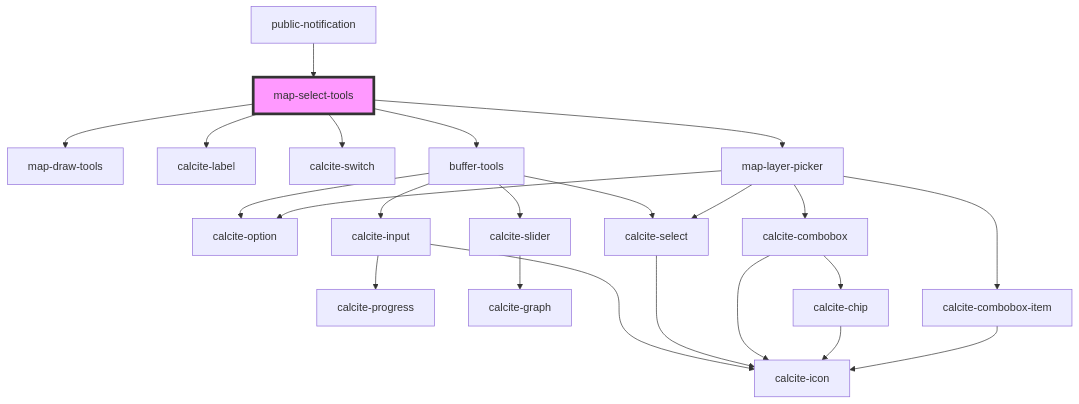
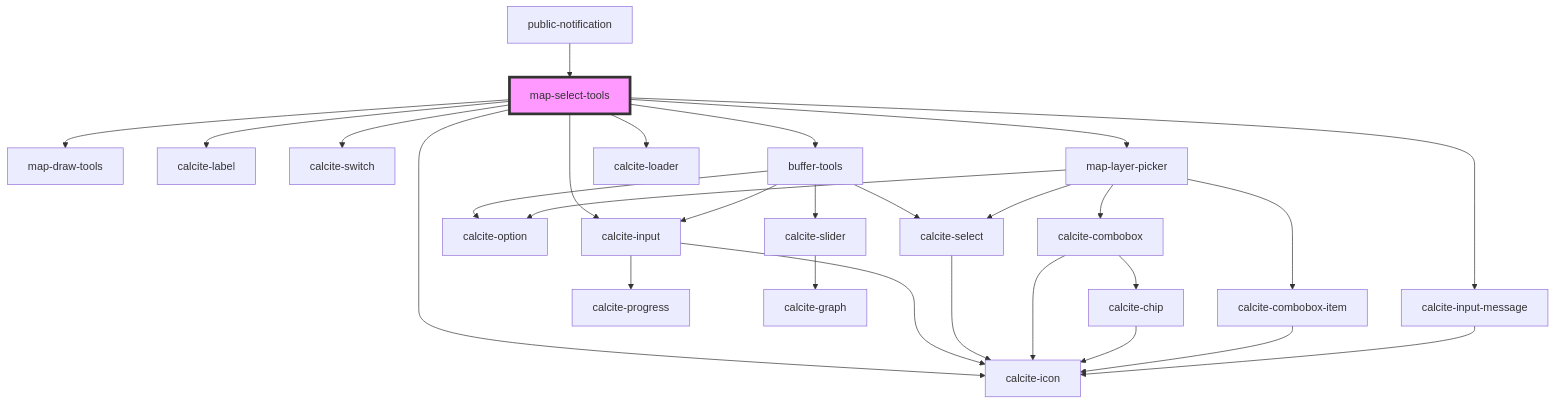
The diagram in src/components/map-select-tools/readme.md (Esri/solutions-components), drawn with Mermaid before and after one commit. The commit also changed other lines of this file and 10 other files, not shown here.

Commit message:
fix custom name issues and move to select tools

````diff
--- a/src/components/map-select-tools/readme.md
+++ b/src/components/map-select-tools/readme.md
@@ -75,26 +80,31 @@
 ```mermaid
 graph TD;
   map-select-tools --> map-draw-tools
   map-select-tools --> calcite-label
   map-select-tools --> calcite-switch
   map-select-tools --> buffer-tools
   map-select-tools --> map-layer-picker
+  map-select-tools --> calcite-loader
+  map-select-tools --> calcite-icon
+  map-select-tools --> calcite-input-message
+  map-select-tools --> calcite-input
   buffer-tools --> calcite-option
   buffer-tools --> calcite-input
   buffer-tools --> calcite-select
   buffer-tools --> calcite-slider
   calcite-input --> calcite-progress
   calcite-input --> calcite-icon
   calcite-select --> calcite-icon
   calcite-slider --> calcite-graph
   map-layer-picker --> calcite-select
   map-layer-picker --> calcite-combobox
   map-layer-picker --> calcite-combobox-item
   map-layer-picker --> calcite-option
   calcite-combobox --> calcite-chip
   calcite-combobox --> calcite-icon
   calcite-chip --> calcite-icon
   calcite-combobox-item --> calcite-icon
+  calcite-input-message --> calcite-icon
   public-notification --> map-select-tools
   style map-select-tools fill:#f9f,stroke:#333,stroke-width:4px
 ```
````
